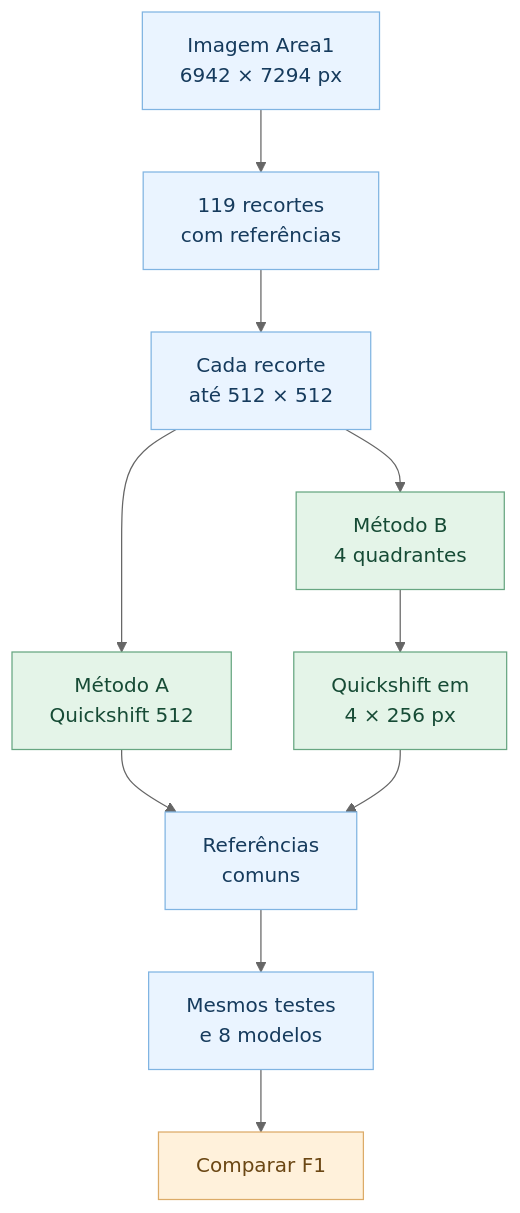
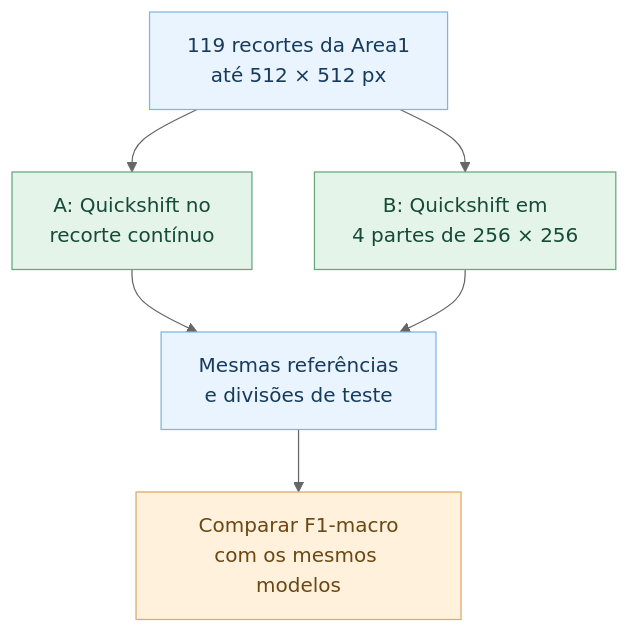
One commit to BrenoBragaGalvao/mestrado-arvores-urbanas changed the fifth of 5 diagrams in README.md. Above: the diagram before and after it, drawn with Mermaid (neutral theme). The commit also changed other lines of this file, not shown here.

````diff
--- a/README.md
+++ b/README.md
@@ -441,19 +382,15 @@
 ```mermaid
 flowchart TD
-    A["Imagem Area1<br/>6942 × 7294 px"] --> B["119 recortes<br/>com referências"]
-    B --> C["Cada recorte<br/>até 512 × 512"]
-    C --> D["Método A<br/>Quickshift 512"]
-    C --> E["Método B<br/>4 quadrantes"]
-    E --> F["Quickshift em<br/>4 × 256 px"]
-    D --> G["Referências<br/>comuns"]
-    F --> G
-    G --> H["Mesmos testes<br/>e 8 modelos"]
-    H --> I["Comparar F1"]
+    A["119 recortes da Area1<br/>até 512 × 512 px"] --> B["A: Quickshift no<br/>recorte contínuo"]
+    A --> C["B: Quickshift em<br/>4 partes de 256 × 256"]
+    B --> D["Mesmas referências<br/>e divisões de teste"]
+    C --> D
+    D --> E["Comparar F1-macro<br/>com os mesmos modelos"]
 
     classDef dados fill:#eaf4ff,stroke:#80b4e2,color:#163b5d;
     classDef metodo fill:#e4f4e8,stroke:#67a681,color:#164b35;
     classDef resultado fill:#fff1db,stroke:#dcab68,color:#6b4714;
-    class A,B,C,G,H dados;
-    class D,E,F metodo;
-    class I resultado;
+    class A,D dados;
+    class B,C metodo;
+    class E resultado;
 ```
````
